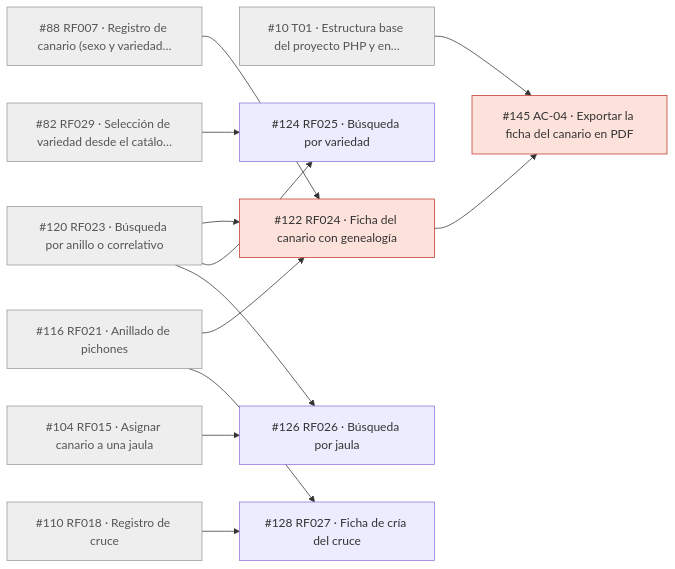
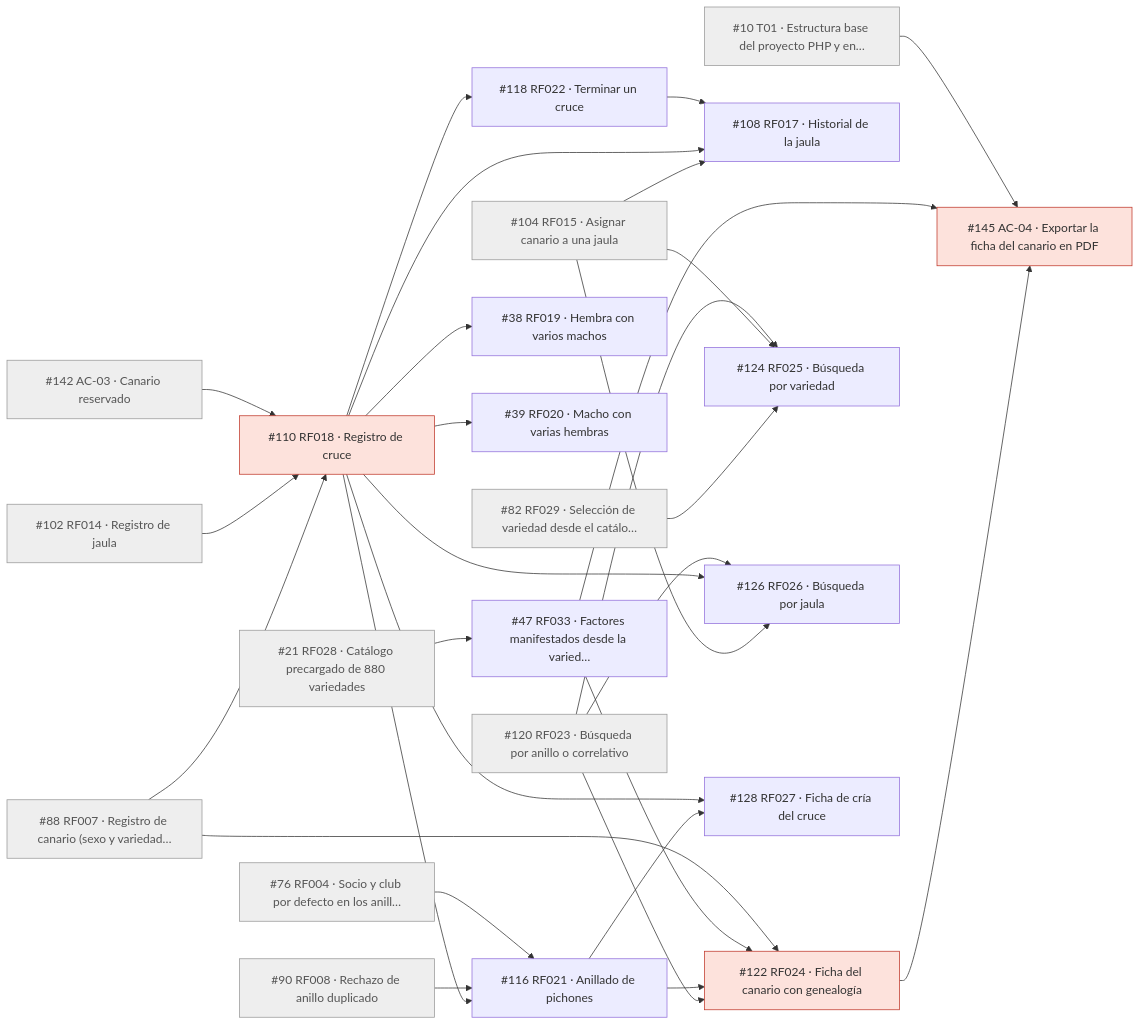
One commit to JereR1621/sistema-gestion-criadero-canarios changed the fourth of 11 diagrams in docs/guia-issues.md. Above: the diagram before and after it, drawn with Mermaid. The commit also changed other lines of this file and 4 other files, not shown here.

````diff
--- a/docs/guia-issues.md
+++ b/docs/guia-issues.md
@@ -194,28 +174,55 @@
 ```mermaid
 flowchart LR
     n10["#10 T01 · Estructura base del proyecto PHP y en…"]:::antes
+    n21["#21 RF028 · Catálogo precargado de 880 variedades"]:::antes
+    n76["#76 RF004 · Socio y club por defecto en los anill…"]:::antes
     n82["#82 RF029 · Selección de variedad desde el catálo…"]:::antes
     n88["#88 RF007 · Registro de canario (sexo y variedad…"]:::antes
+    n90["#90 RF008 · Rechazo de anillo duplicado"]:::antes
+    n102["#102 RF014 · Registro de jaula"]:::antes
     n104["#104 RF015 · Asignar canario a una jaula"]:::antes
-    n110["#110 RF018 · Registro de cruce"]:::antes
-    n116["#116 RF021 · Anillado de pichones"]:::antes
     n120["#120 RF023 · Búsqueda por anillo o correlativo"]:::antes
+    n142["#142 AC-03 · Canario reservado"]:::antes
+    n38["#38 RF019 · Hembra con varios machos"]
+    n39["#39 RF020 · Macho con varias hembras"]
+    n47["#47 RF033 · Factores manifestados desde la varied…"]
+    n108["#108 RF017 · Historial de la jaula"]
+    n110["#110 RF018 · Registro de cruce"]:::ajuste
+    n116["#116 RF021 · Anillado de pichones"]
+    n118["#118 RF022 · Terminar un cruce"]
     n122["#122 RF024 · Ficha del canario con genealogía"]:::ajuste
     n124["#124 RF025 · Búsqueda por variedad"]
     n126["#126 RF026 · Búsqueda por jaula"]
     n128["#128 RF027 · Ficha de cría del cruce"]
     n145["#145 AC-04 · Exportar la ficha del canario en PDF"]:::ajuste
+    n110 --> n38
+    n110 --> n39
+    n21 --> n47
+    n104 --> n108
+    n110 --> n108
+    n118 --> n108
+    n88 --> n110
+    n102 --> n110
+    n142 --> n110
+    n110 --> n116
+    n90 --> n116
+    n76 --> n116
+    n110 --> n118
     n120 --> n122
     n116 --> n122
+    n47 --> n122
     n88 --> n122
     n82 --> n124
+    n104 --> n124
     n120 --> n124
     n104 --> n126
+    n110 --> n126
     n120 --> n126
     n116 --> n128
     n110 --> n128
     n122 --> n145
+    n47 --> n145
     n10 --> n145
     classDef antes fill:#eeeeee,stroke:#999999,color:#555555
     classDef ajuste fill:#fde2dc,stroke:#c0392b
 ```
````
